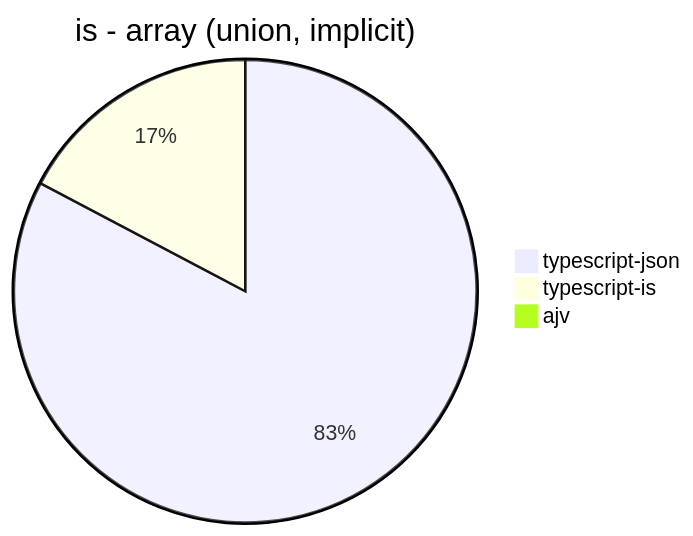
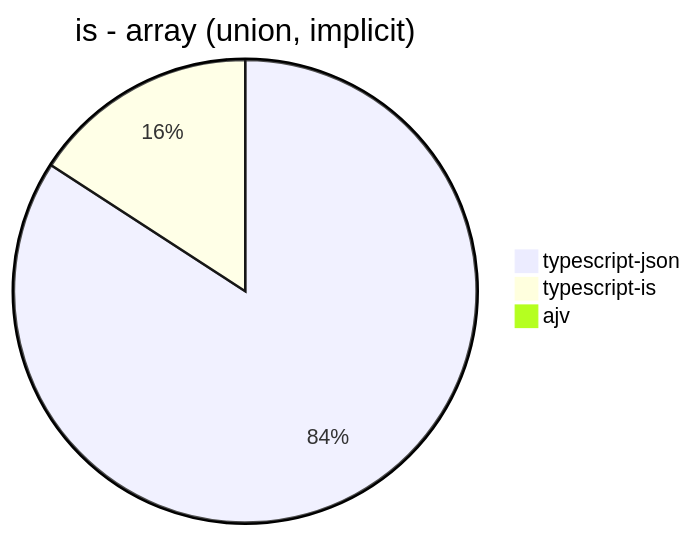
Before and after one commit to samchon/typia: diagram 13 of 30 in benchmark/results/Apple M1 Pro.md, drawn with Mermaid. The commit also changed other lines of this file, not shown here.

````diff
--- a/benchmark/results/Apple M1 Pro.md
+++ b/benchmark/results/Apple M1 Pro.md
@@ -124,6 +124,6 @@
 ```mermaid
 pie title is - array (union, implicit)
-  "typescript-json": 5205.17594488922
-  "typescript-is": 1087.0264474624732
+  "typescript-json": 7282.303902993559
+  "typescript-is": 1369.85559566787
   "ajv": 0
 ```
````
